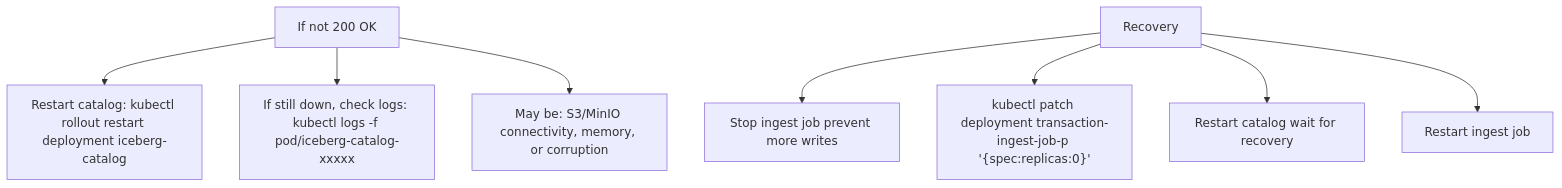
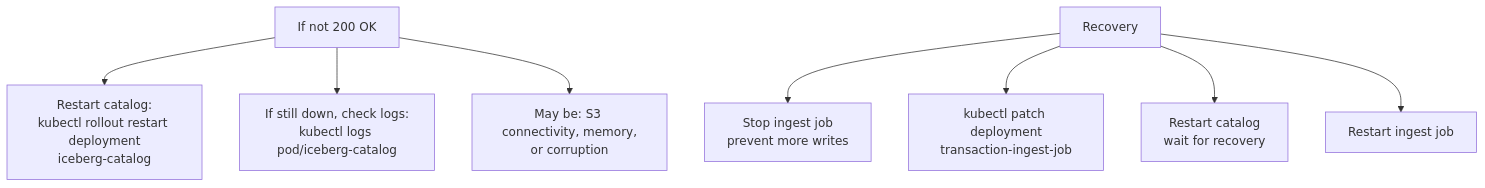
The third of 8 diagrams in docs/production/troubleshooting.md (naren-chakraview/chakraview-fintech-data-mesh), drawn with Mermaid before and after one commit. The commit also changed other lines of this file and 21 other files, not shown here.

First line of the commit message:
Fix mermaid diagram rendering issues in fintech data mesh documentation

````diff
--- a/docs/production/troubleshooting.md
+++ b/docs/production/troubleshooting.md
@@ -86,13 +86,13 @@
 ```mermaid
 graph TD
     A["If not 200 OK"]
-    A --> A1["Restart catalog: kubectl rollout restart deployment iceberg-catalog"]
-    A --> A2["If still down, check logs: kubectl logs -f pod/iceberg-catalog-xxxxx"]
-    A --> A3["May be: S3/MinIO connectivity, memory, or corruption"]
+    A --> A1["Restart catalog:<br/>kubectl rollout restart deployment<br/>iceberg-catalog"]
+    A --> A2["If still down, check logs:<br/>kubectl logs pod/iceberg-catalog"]
+    A --> A3["May be: S3 connectivity, memory,<br/>or corruption"]
     
     B["Recovery"]
-    B --> B1["Stop ingest job prevent more writes"]
-    B --> B2["kubectl patch deployment transaction-ingest-job-p '{spec:replicas:0}'"]
-    B --> B3["Restart catalog wait for recovery"]
+    B --> B1["Stop ingest job<br/>prevent more writes"]
+    B --> B2["kubectl patch deployment<br/>transaction-ingest-job"]
+    B --> B3["Restart catalog<br/>wait for recovery"]
     B --> B4["Restart ingest job"]
 ```
````
